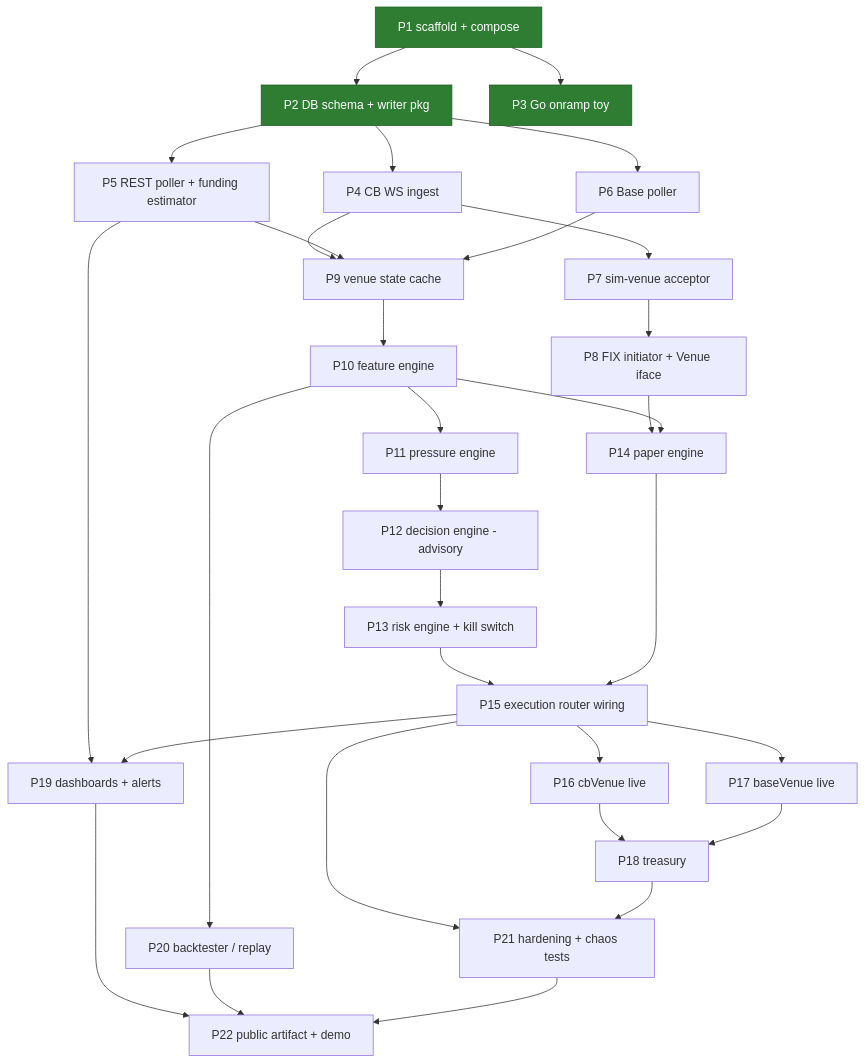
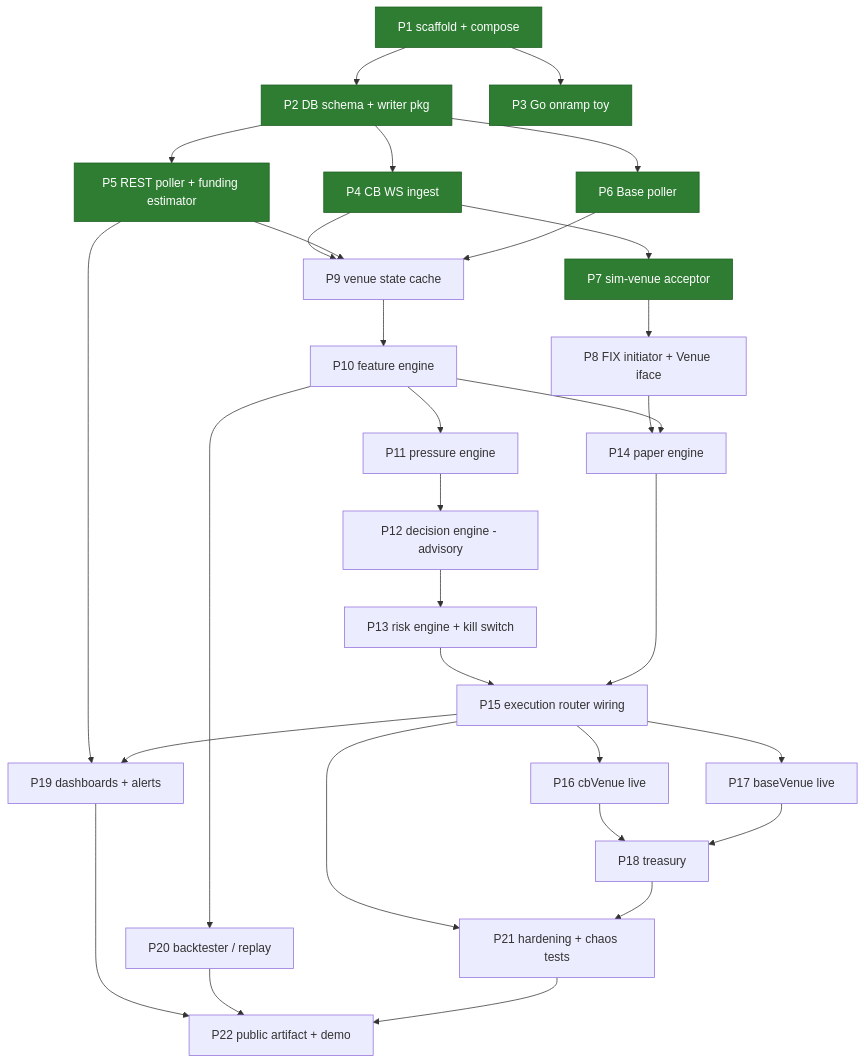
One commit to Jason-Dorman/funding-carry changed the diagram in docs/build-plan.md. Above: the diagram before and after it, drawn with Mermaid. The commit also changed other lines of this file and 42 other files, not shown here.

````diff
--- a/docs/build-plan.md
+++ b/docs/build-plan.md
@@ -20,36 +20,36 @@
 ```mermaid
 graph TD
     P1[P1 scaffold + compose] --> P2[P2 DB schema + writer pkg]
     P1 --> P3[P3 Go onramp toy]
     P2 --> P4[P4 CB WS ingest]
     P2 --> P5[P5 REST poller + funding estimator]
     P2 --> P6[P6 Base poller]
     P4 --> P7[P7 sim-venue acceptor]
     P7 --> P8[P8 FIX initiator + Venue iface]
     P4 --> P9[P9 venue state cache]
     P5 --> P9
     P6 --> P9
     P9 --> P10[P10 feature engine]
     P10 --> P11[P11 pressure engine]
     P11 --> P12[P12 decision engine - advisory]
     P12 --> P13[P13 risk engine + kill switch]
     P8 --> P14[P14 paper engine]
     P10 --> P14
     P13 --> P15[P15 execution router wiring]
     P14 --> P15
     P15 --> P16[P16 cbVenue live]
     P15 --> P17[P17 baseVenue live]
     P16 --> P18[P18 treasury]
     P17 --> P18
     P5 --> P19[P19 dashboards + alerts]
     P15 --> P19
     P10 --> P20[P20 backtester / replay]
     P15 --> P21[P21 hardening + chaos tests]
     P18 --> P21
     P19 --> P22[P22 public artifact + demo]
     P20 --> P22
     P21 --> P22
 
     classDef done fill:#2e7d32,stroke:#1b5e20,color:#ffffff
-    class P1,P2,P3 done
+    class P1,P2,P3,P4,P5,P6,P7 done
 ```
````
